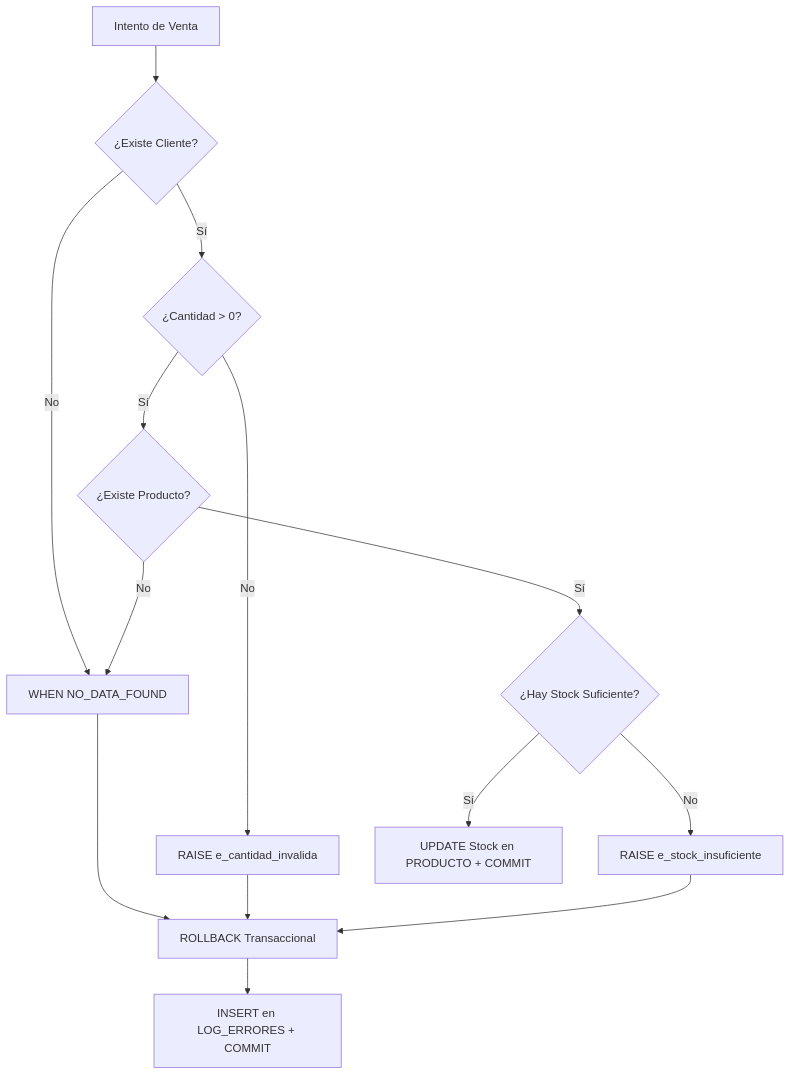
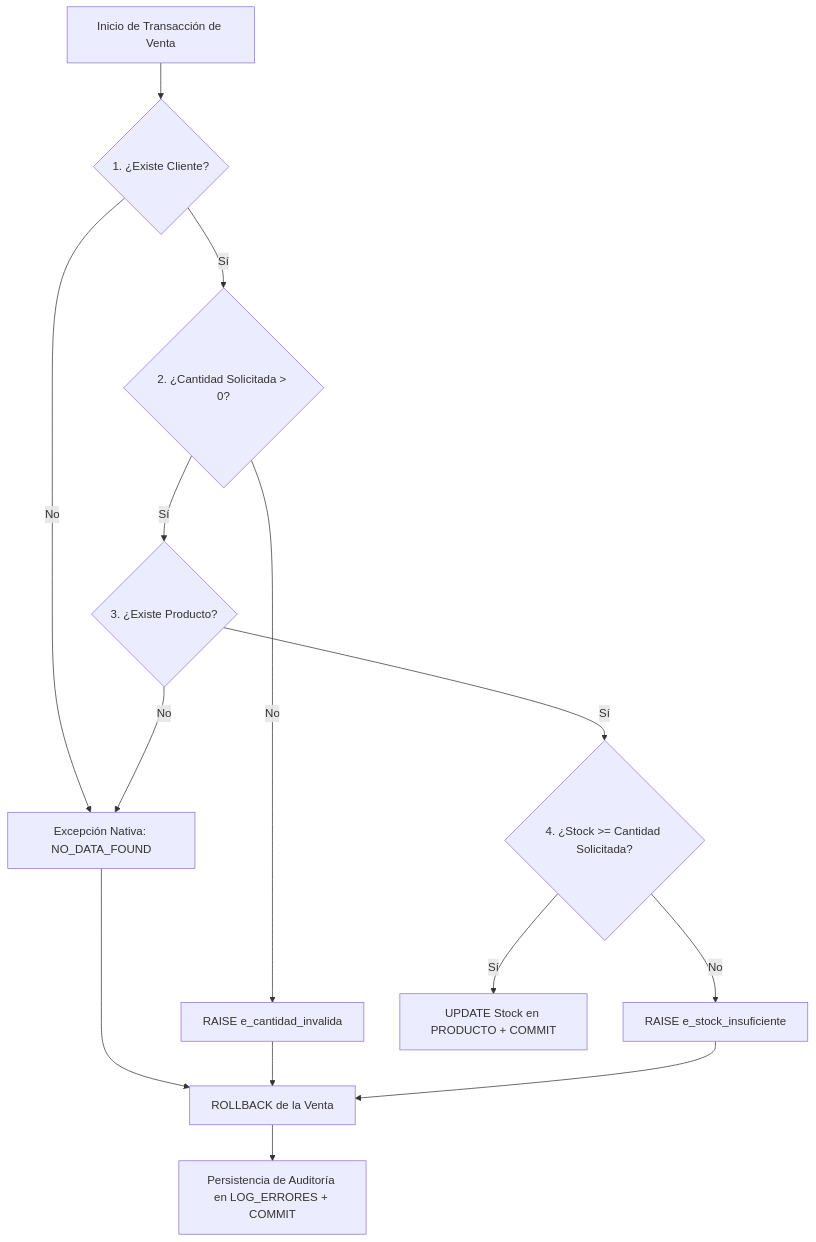
One commit to NezerkC/taller-base-de-datos- changed the fifth of 6 diagrams in docs/EXPLICACION_BLOQUES_CODIGO.md. Above: the diagram before and after it, drawn with Mermaid. The commit also changed other lines of this file, not shown here.

Commit message:
docs: add er diagram, schema ddl/dml block and elevate technical vocabulary

````diff
--- a/docs/EXPLICACION_BLOQUES_CODIGO.md
+++ b/docs/EXPLICACION_BLOQUES_CODIGO.md
@@ -345,15 +708,15 @@
 ```mermaid
 graph TD
-    A[Intento de Venta] --> B{¿Existe Cliente?}
-    B -- No --> C[WHEN NO_DATA_FOUND]
-    B -- Sí --> D{¿Cantidad > 0?}
+    A[Inicio de Transacción de Venta] --> B{1. ¿Existe Cliente?}
+    B -- No --> C[Excepción Nativa: NO_DATA_FOUND]
+    B -- Sí --> D{2. ¿Cantidad Solicitada > 0?}
     D -- No --> E[RAISE e_cantidad_invalida]
-    D -- Sí --> F{¿Existe Producto?}
+    D -- Sí --> F{3. ¿Existe Producto?}
     F -- No --> C
-    F -- Sí --> G{¿Hay Stock Suficiente?}
+    F -- Sí --> G{4. ¿Stock >= Cantidad Solicitada?}
     G -- No --> H[RAISE e_stock_insuficiente]
     G -- Sí --> I[UPDATE Stock en PRODUCTO + COMMIT]
     
-    C & E & H --> J[ROLLBACK Transaccional]
-    J --> K[INSERT en LOG_ERRORES + COMMIT]
+    C & E & H --> J[ROLLBACK de la Venta]
+    J --> K[Persistencia de Auditoría en LOG_ERRORES + COMMIT]
 ```
````
